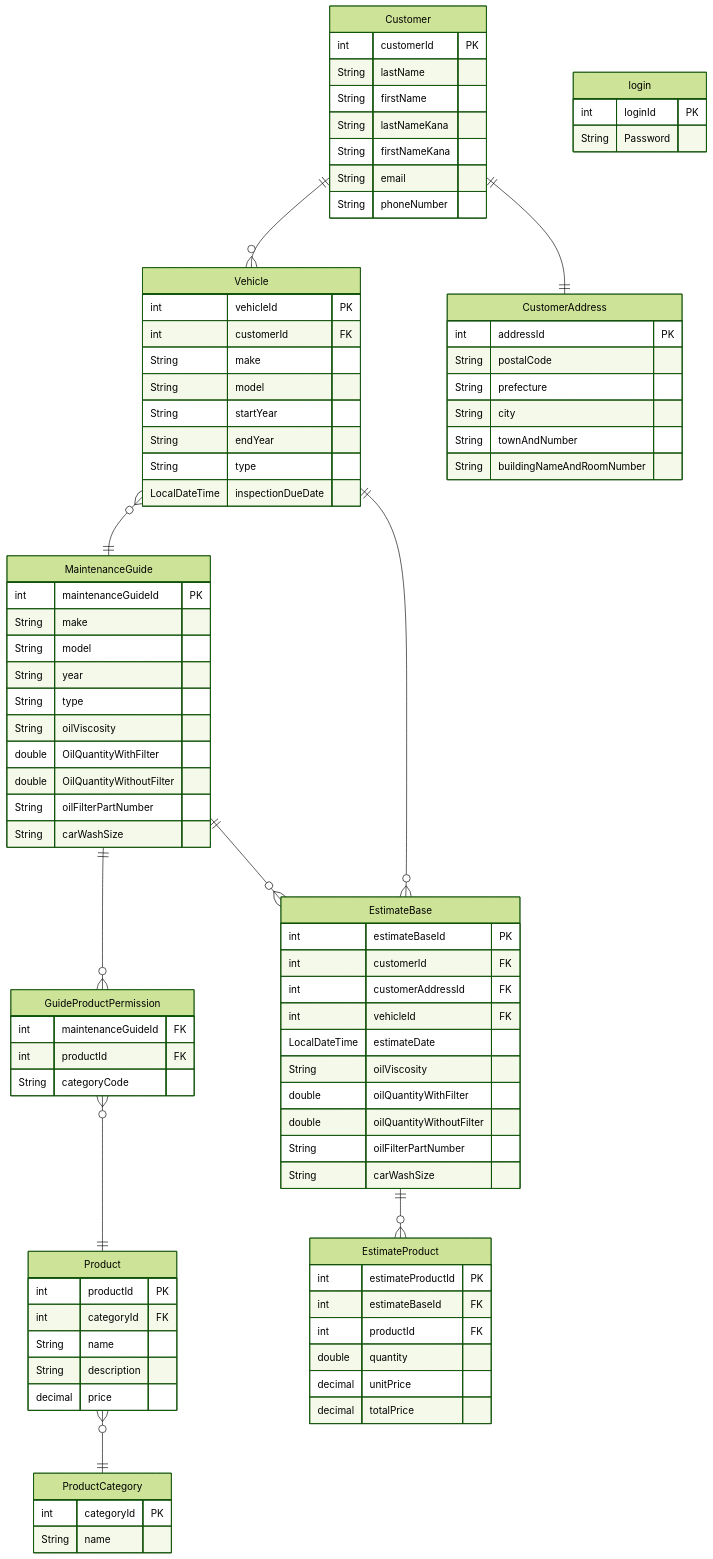
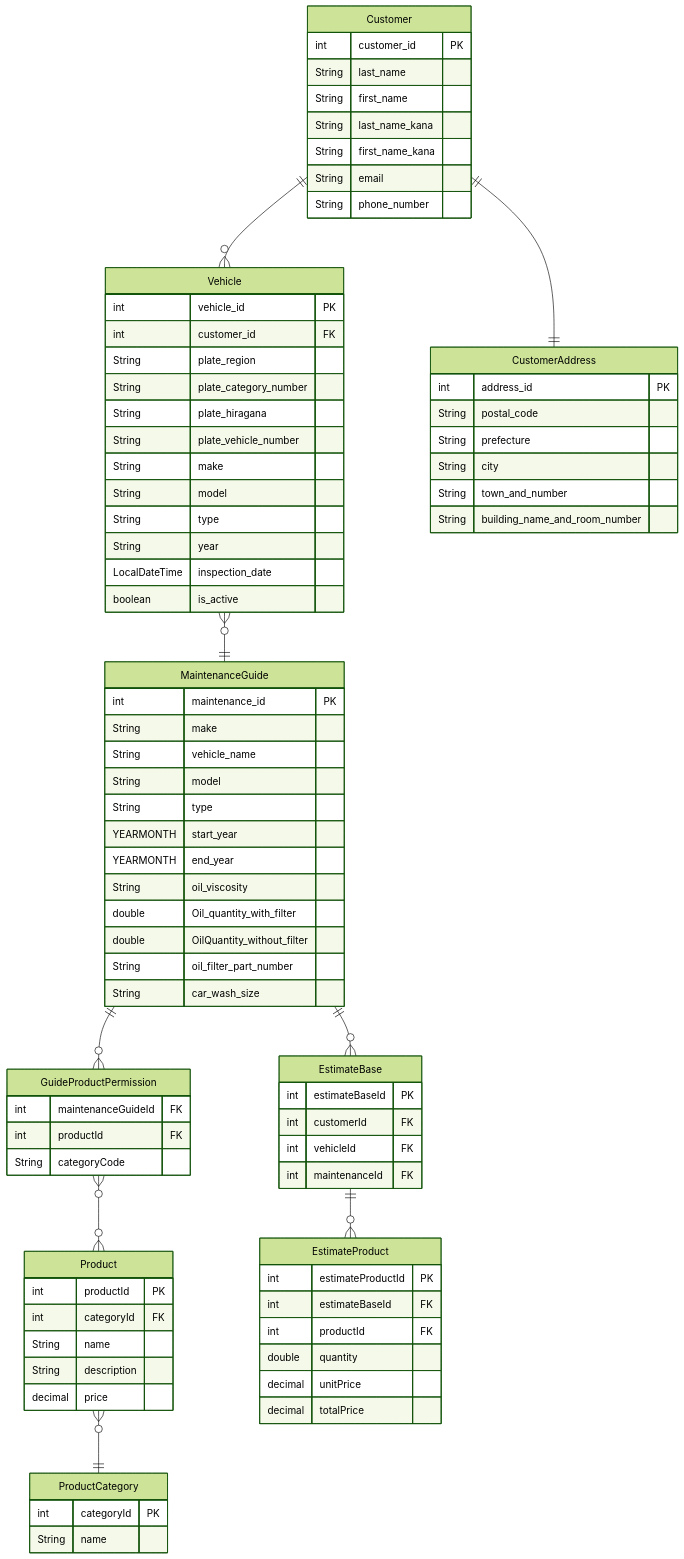
Before and after one commit to u-1pena/vehicle_estimate: the second of 3 diagrams in README.md, drawn with Mermaid. The commit also changed 91 other files, not shown here.

```diff
--- a/README.md
+++ b/README.md
@@ -137,54 +137,56 @@
     Customer ||--|| CustomerAddress: ""
     Vehicle }o--|| MaintenanceGuide: ""
     MaintenanceGuide ||--o{ GuideProductPermission: ""
-    GuideProductPermission }o--|| Product: ""
-    Vehicle ||--o{ EstimateBase: ""
+    GuideProductPermission }o--o{ Product: ""
     MaintenanceGuide ||--o{ EstimateBase: ""
     Product }o--|| ProductCategory: ""
     EstimateBase ||--o{ EstimateProduct: ""
-    login {
-        int loginId PK
-        String Password
-    }
+
     Customer {
-        int customerId PK
-        String lastName
-        String firstName
-        String lastNameKana
-        String firstNameKana
+        int customer_id PK
+        String last_name
+        String first_name
+        String last_name_kana
+        String first_name_kana
         String email
-        String phoneNumber
+        String phone_number
     }
     CustomerAddress {
-        int addressId PK
-        String postalCode
+        int address_id PK
+        String postal_code
         String prefecture
         String city
-        String townAndNumber
-        String buildingNameAndRoomNumber
+        String town_and_number
+        String building_name_and_room_number
     }
 
     Vehicle {
-        int vehicleId PK
-        int customerId FK
+        int vehicle_id PK
+        int customer_id FK
+        String plate_region
+        String plate_category_number
+        String plate_hiragana
+        String plate_vehicle_number
         String make
         String model
-        String startYear
-        String endYear
         String type
-        LocalDateTime inspectionDueDate
+        String year
+        LocalDateTime inspection_date
+        boolean is_active
     }
     MaintenanceGuide {
-        int maintenanceGuideId PK
+        int maintenance_id PK
         String make
+        String vehicle_name
         String model
-        String year
         String type
-        String oilViscosity
-        double OilQuantityWithFilter
-        double OilQuantityWithoutFilter
-        String oilFilterPartNumber
-        String carWashSize
+        YEARMONTH start_year
+        YEARMONTH end_year
+        String oil_viscosity
+        double Oil_quantity_with_filter
+        double OilQuantity_without_filter
+        String oil_filter_part_number
+        String car_wash_size
     }
     GuideProductPermission {
         int maintenanceGuideId FK
@@ -194,14 +196,8 @@
     EstimateBase {
         int estimateBaseId PK
         int customerId FK
-        int customerAddressId FK
         int vehicleId FK
-        LocalDateTime estimateDate
-        String oilViscosity
-        double oilQuantityWithFilter
-        double oilQuantityWithoutFilter
-        String oilFilterPartNumber
-        String carWashSize
+        int maintenanceId FK
     }
     EstimateProduct {
         int estimateProductId PK
```
